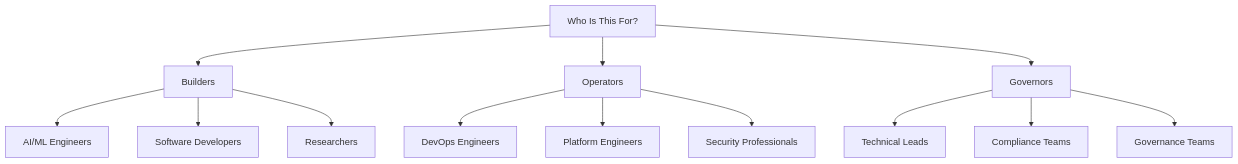
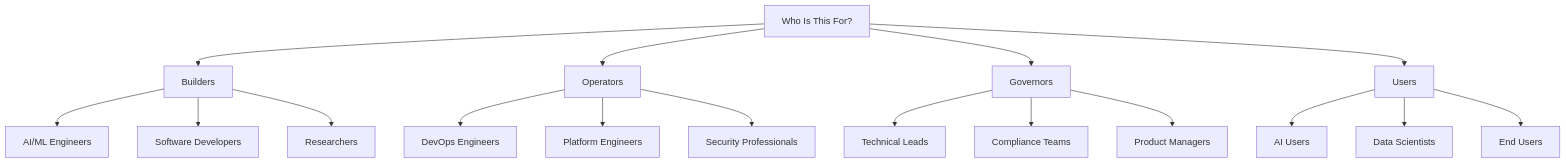
One commit to LifeJiggy/LLM-Agentic-Rules-Framework changed the second of 14 diagrams in README.md. Above: the diagram before and after it, drawn with Mermaid. The commit also changed other lines of this file, not shown here.

First line of the commit message:
Update README with inclusive audience and fix Mermaid rendering

````diff
--- a/README.md
+++ b/README.md
@@ -46,18 +51,23 @@
 ```mermaid
 flowchart TD
     A[Who Is This For?] --> B[Builders]
     A --> C[Operators]
     A --> D[Governors]
+    A --> E[Users]
     
     B --> B1[AI/ML Engineers]
     B --> B2[Software Developers]
     B --> B3[Researchers]
     
     C --> C1[DevOps Engineers]
     C --> C2[Platform Engineers]
     C --> C3[Security Professionals]
     
     D --> D1[Technical Leads]
     D --> D2[Compliance Teams]
-    D --> D3[Governance Teams]
+    D --> D3[Product Managers]
+    
+    E --> E1[AI Users]
+    E --> E2[Data Scientists]
+    E --> E3[End Users]
 ```
````
